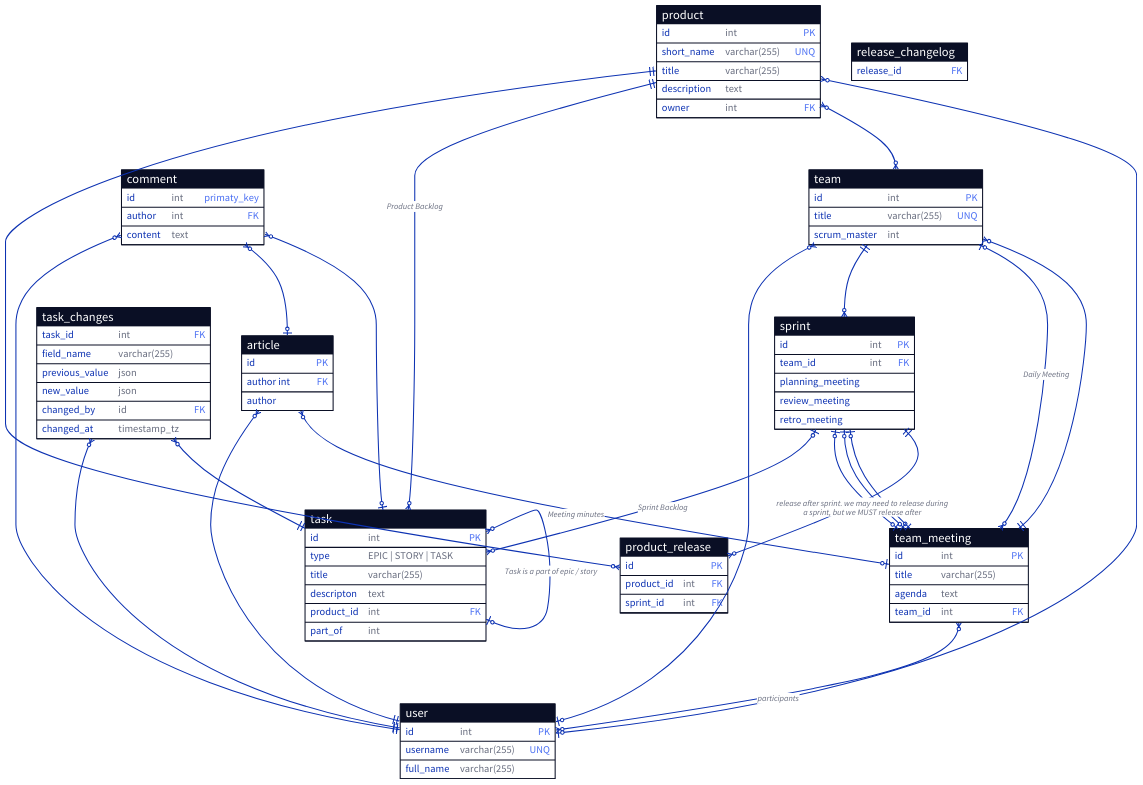
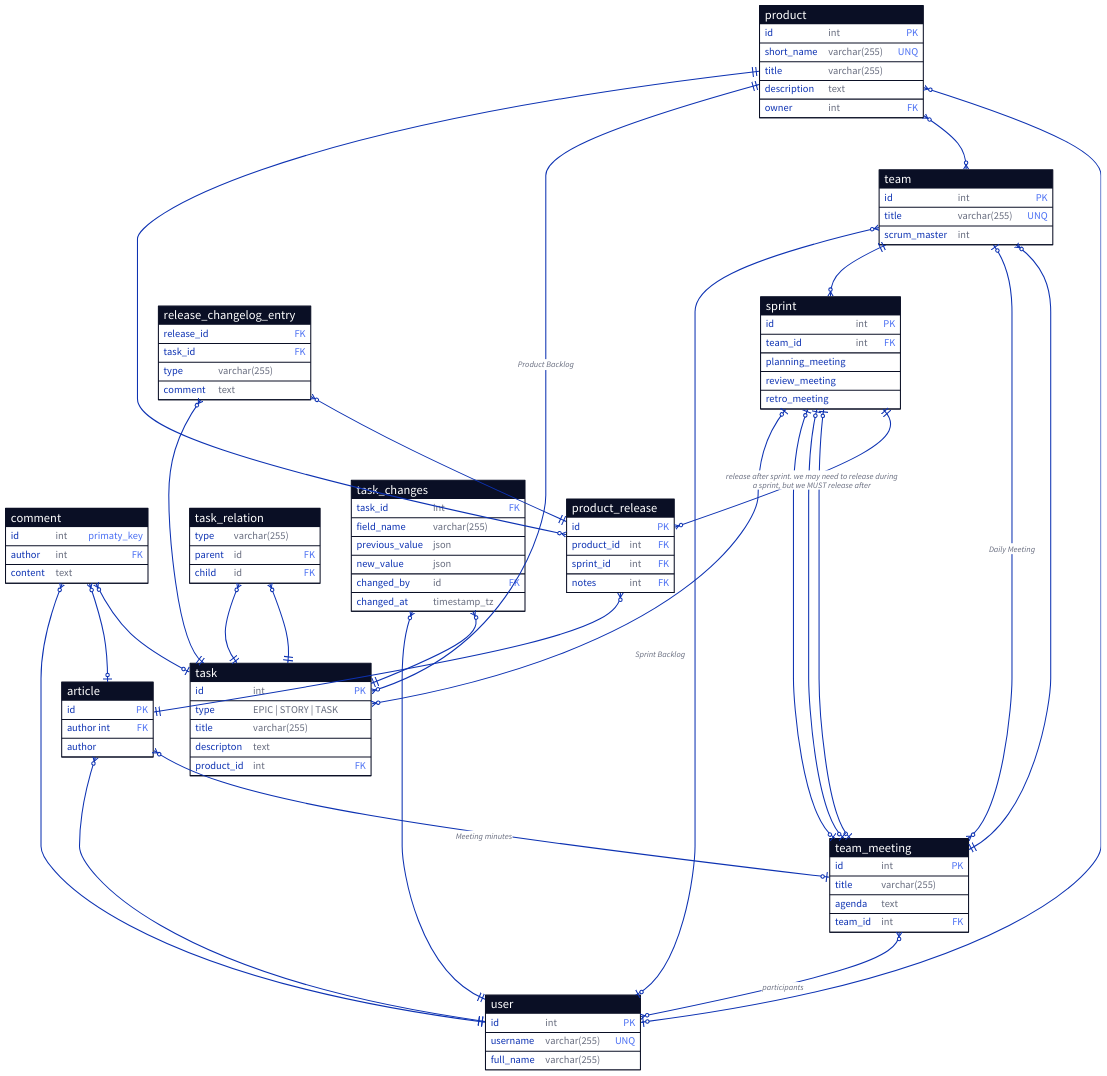
Before and after one commit to forafox/Zadachnik: the diagram in docs/infological.d2, drawn with D2.

Commit message:
add release notes, extract task_relation

```diff
--- a/docs/infological.d2
+++ b/docs/infological.d2
@@ -53,11 +53,42 @@
   id: {constraint: primary_key}
   product_id: int {constraint: foreign_key}
   sprint_id: int {constraint: foreign_key}
+  notes: int {constraint: foreign_key}
 }
 
-release_changelog: {
+product_release.notes <-> article: {
+  source-arrowhead: {
+    shape: cf-many
+  }
+  target-arrowhead: {
+    shape: cf-one-required
+  }
+}
+
+release_changelog_entry: {
   shape: sql_table
   release_id: {constraint: foreign_key}
+  task_id: {constraint: foreign_key}
+  type: varchar(255) {tooltip: See keepachangelog.org}
+  comment: text
+}
+
+release_changelog_entry.release_id <-> product_release: {
+  source-arrowhead: {
+    shape: cf-many
+  }
+  target-arrowhead: {
+    shape: cf-one-required
+  }
+}
+
+release_changelog_entry.task_id <-> task: {
+  source-arrowhead: {
+    shape: cf-many
+  }
+  target-arrowhead: {
+    shape: cf-one-required
+  }
 }
 
 sprint <-> product_release.sprint_id: {
@@ -220,20 +251,34 @@
 task: {
   shape: sql_table
   id: int {constraint: primary_key}
-  type: EPIC | STORY | TASK
+  type: 'EPIC | STORY | TASK'
   title: varchar(255)
   descripton: text
   product_id: int {constraint: foreign_key}
-  part_of: int
 }
 
-task.part_of <-> task.id: {
-  label: "Task is a part of epic / story"
+task_relation: {
+  shape: sql_table
+  type: varchar(255)
+  parent: id {constraint: foreign_key}
+  child: id {constraint: foreign_key}
+}
+
+task_relation.parent <-> task: {
   source-arrowhead: {
     shape: cf-many
   }
   target-arrowhead: {
-    shape: cf-one
+    shape: cf-one-required
+  }
+}
+
+task_relation.child <-> task: {
+  source-arrowhead: {
+    shape: cf-many
+  }
+  target-arrowhead: {
+    shape: cf-one-required
   }
 }
 
```
